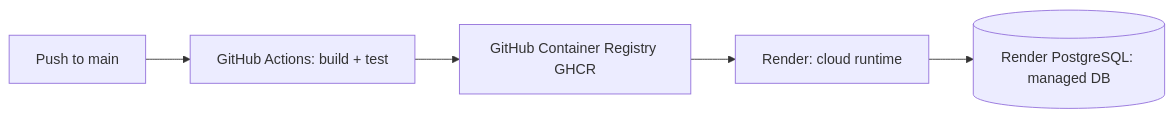
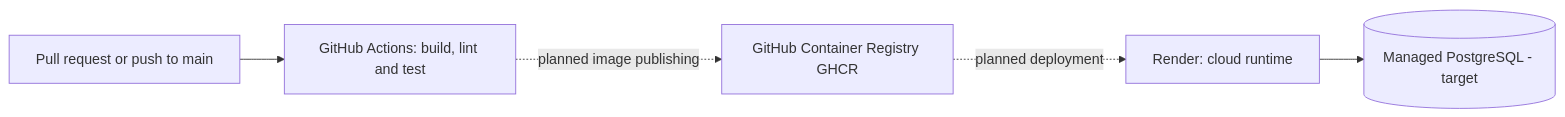
Before and after one commit to is-fri-2026/project-raph-oilhan: the third of 3 diagrams in docs/architecture.md, drawn with Mermaid. The commit also changed other lines of this file and 14 other files, not shown here.

Commit message:
feat: refactor architecture documentation and enhance pagination handling in repositories

````diff
--- a/docs/architecture.md
+++ b/docs/architecture.md
@@ -125,7 +138,7 @@
 ```mermaid
 flowchart LR
-    Dev[Push to main] --> CI[GitHub Actions: build + test]
-    CI --> Reg[GitHub Container Registry GHCR]
-    Reg --> Run[Render: cloud runtime]
-    Run --> DB[(Render PostgreSQL: managed DB)]
+    Dev[Pull request or push to main] --> CI[GitHub Actions: build, lint and test]
+    CI -. planned image publishing .-> Reg[GitHub Container Registry GHCR]
+    Reg -. planned deployment .-> Run[Render: cloud runtime]
+    Run --> DB[(Managed PostgreSQL - target)]
 ```
````
